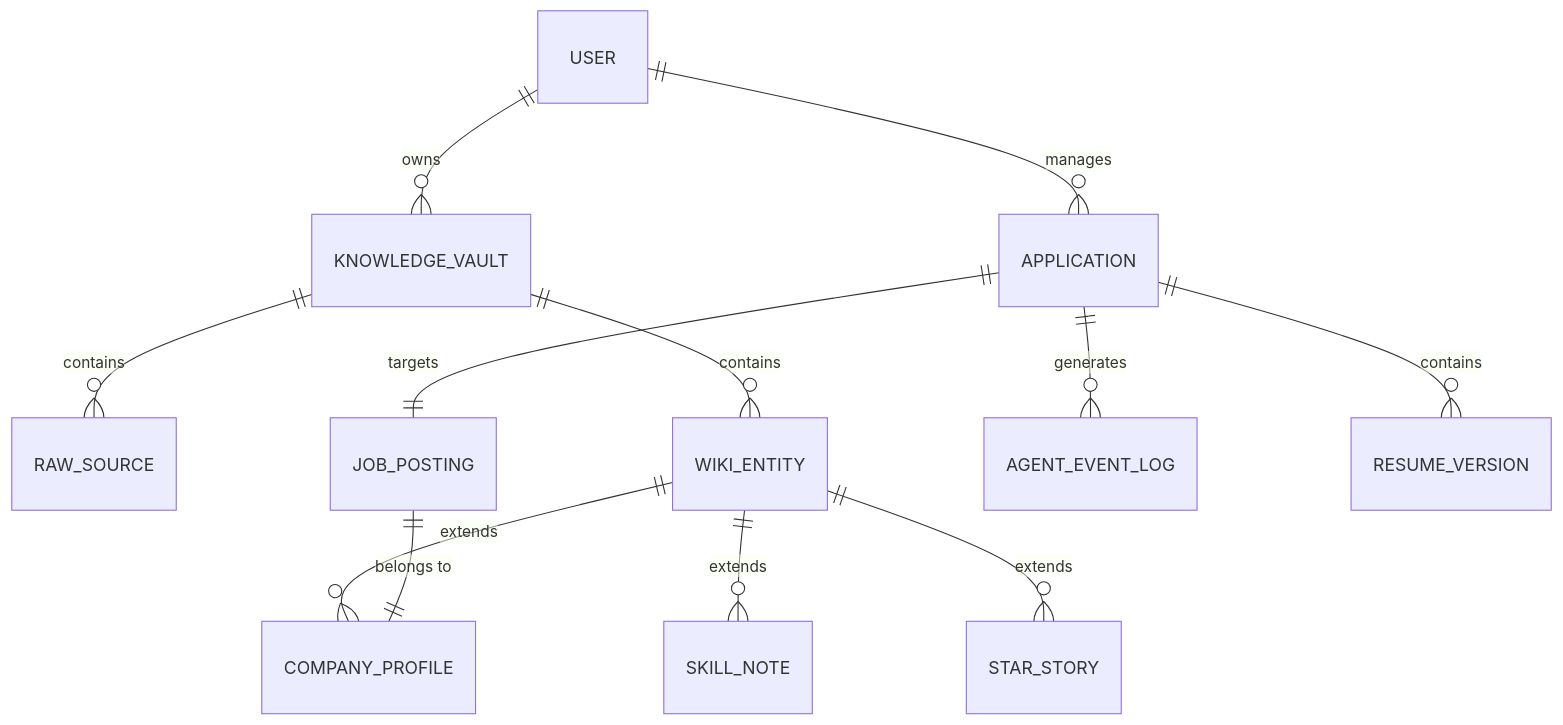
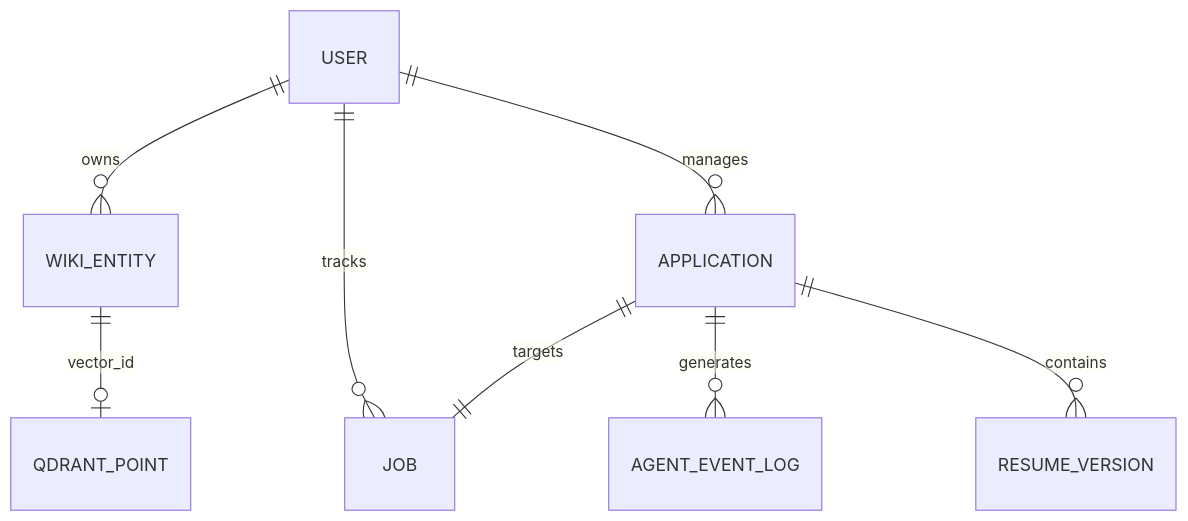
The diagram in docs/architecture/2_database_erd_and_knowledge_graph.md (jaybhavsar555/ai-powered-job-application-assistance-app), drawn with Mermaid before and after one commit. The commit also changed other lines of this file and 113 other files, not shown here.

````diff
--- a/docs/architecture/2_database_erd_and_knowledge_graph.md
+++ b/docs/architecture/2_database_erd_and_knowledge_graph.md
@@ -17,18 +18,10 @@
 ```mermaid
 erDiagram
-    USER ||--o{ KNOWLEDGE_VAULT : "owns"
-    USER ||--o{ APPLICATION : "manages"
-    
-    KNOWLEDGE_VAULT ||--o{ RAW_SOURCE : "contains"
-    KNOWLEDGE_VAULT ||--o{ WIKI_ENTITY : "contains"
-    
-    WIKI_ENTITY ||--o{ COMPANY_PROFILE : "extends"
-    WIKI_ENTITY ||--o{ SKILL_NOTE : "extends"
-    WIKI_ENTITY ||--o{ STAR_STORY : "extends"
-    
-    APPLICATION ||--|| JOB_POSTING : "targets"
-    APPLICATION ||--o{ AGENT_EVENT_LOG : "generates"
-    APPLICATION ||--o{ RESUME_VERSION : "contains"
-    
-    JOB_POSTING ||--|| COMPANY_PROFILE : "belongs to"
+    USER ||--o{ WIKI_ENTITY : owns
+    USER ||--o{ APPLICATION : manages
+    USER ||--o{ JOB : tracks
+    APPLICATION ||--|| JOB : targets
+    APPLICATION ||--o{ AGENT_EVENT_LOG : generates
+    APPLICATION ||--o{ RESUME_VERSION : contains
+    WIKI_ENTITY ||--o| QDRANT_POINT : vector_id
 ```
````
